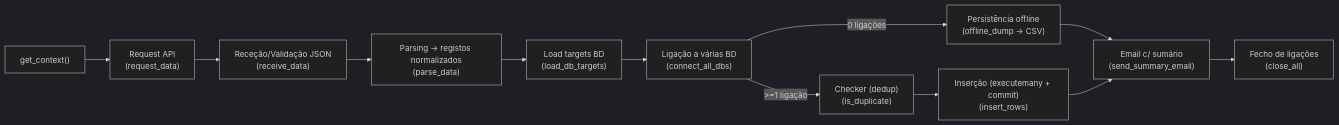
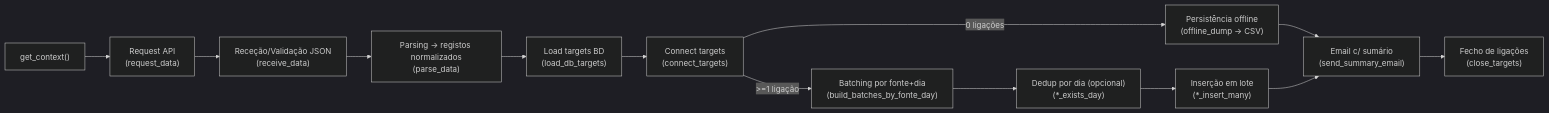
One commit to Guzz007Pt/Estagio_Projeto changed the diagram in README.md. Above: the diagram before and after it, drawn with Mermaid (dark theme). The commit also changed other lines of this file and 1 other file, not shown here.

Commit message:
Mudança de versão, com alteração de email

````diff
--- a/README.md
+++ b/README.md
@@ -50,16 +55,17 @@
 ```mermaid
 flowchart LR
   A["get_context()"] --> B["Request API<br/>(request_data)"]
   B --> C["Receção/Validação JSON<br/>(receive_data)"]
   C --> D["Parsing -> registos normalizados<br/>(parse_data)"]
   D --> E["Load targets BD<br/>(load_db_targets)"]
-  E --> F["Ligação a várias BD<br/>(connect_all_dbs)"]
+  E --> F["Connect targets<br/>(connect_targets)"]
 
   F -->|0 ligações| G["Persistência offline<br/>(offline_dump -> CSV)"]
-  F -->|>=1 ligação| H["Checker (dedup)<br/>(is_duplicate)"]
-  H --> I["Inserção (executemany + commit)<br/>(insert_rows)"]
+  F -->|>=1 ligação| H["Batching por fonte+dia<br/>(build_batches_by_fonte_day)"]
+  H --> I["Dedup por dia (opcional)<br/>(*_exists_day)"]
+  I --> J["Inserção em lote<br/>(*_insert_many)"]
 
-  G --> J["Email c/ sumário<br/>(send_summary_email)"]
-  I --> J
-  J --> K["Fecho de ligações<br/>(close_all)"]
+  G --> K["Email c/ sumário<br/>(send_summary_email)"]
+  J --> K
+  K --> L["Fecho de ligações<br/>(close_targets)"]
 ```
````
